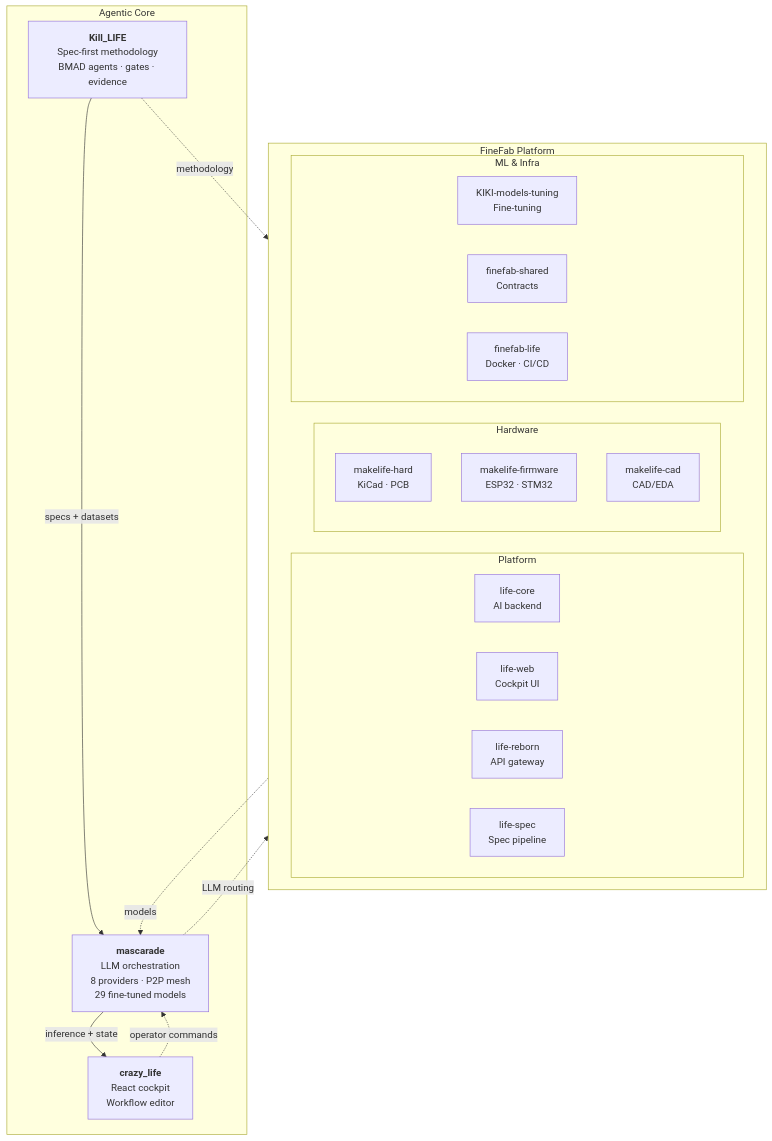
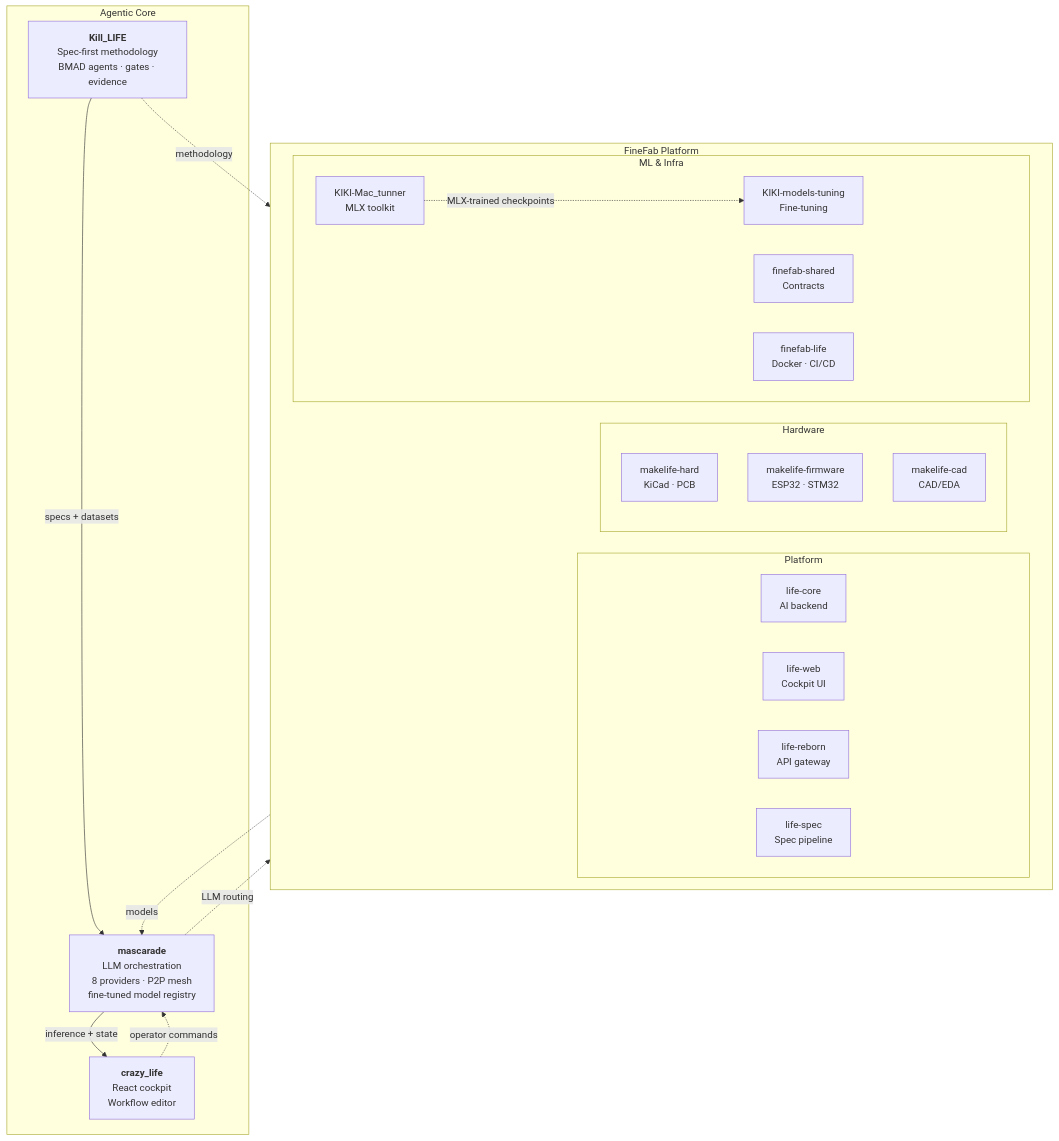
One commit to L-electron-Rare/.github changed the first of 2 diagrams in profile/README.md. Above: the diagram before and after it, drawn with Mermaid. The commit also changed other lines of this file, not shown here.

Commit message:
docs(profile): add Research section, Studio node, MLX; refresh stats

````diff
--- a/profile/README.md
+++ b/profile/README.md
@@ -23,35 +23,37 @@
 ```mermaid
 flowchart TB
     subgraph core["Agentic Core"]
         KL["<b>Kill_LIFE</b><br/>Spec-first methodology<br/>BMAD agents · gates · evidence"]
-        MA["<b>mascarade</b><br/>LLM orchestration<br/>8 providers · P2P mesh<br/>29 fine-tuned models"]
+        MA["<b>mascarade</b><br/>LLM orchestration<br/>8 providers · P2P mesh<br/>fine-tuned model registry"]
         CL["<b>crazy_life</b><br/>React cockpit<br/>Workflow editor"]
     end
 
     subgraph finefab["FineFab Platform"]
         direction LR
         subgraph platform["Platform"]
             LC["life-core<br/>AI backend"]
             LW["life-web<br/>Cockpit UI"]
             LR2["life-reborn<br/>API gateway"]
             LS["life-spec<br/>Spec pipeline"]
         end
         subgraph hardware["Hardware"]
             MH["makelife-hard<br/>KiCad · PCB"]
             MF["makelife-firmware<br/>ESP32 · STM32"]
             MC["makelife-cad<br/>CAD/EDA"]
         end
         subgraph ml["ML & Infra"]
             KK["KIKI-models-tuning<br/>Fine-tuning"]
+            KM["KIKI-Mac_tunner<br/>MLX toolkit"]
             FS["finefab-shared<br/>Contracts"]
             FL["finefab-life<br/>Docker · CI/CD"]
         end
     end
 
     KL -- "specs + datasets" --> MA
     MA -- "inference + state" --> CL
     CL -. "operator commands" .-> MA
     MA -. "LLM routing" .-> LC
     KL -. "methodology" .-> LS
     KK -. "models" .-> MA
+    KM -. "MLX-trained checkpoints" .-> KK
 ```
````
